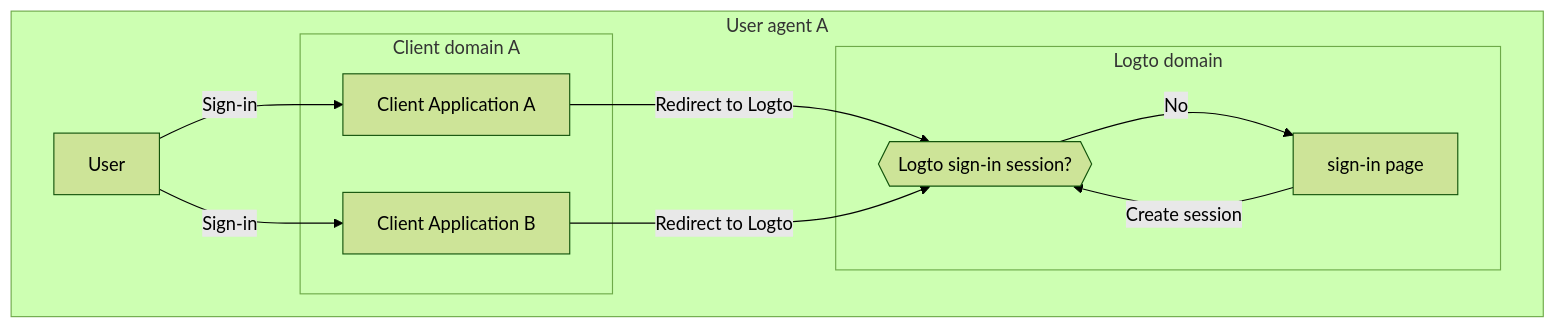
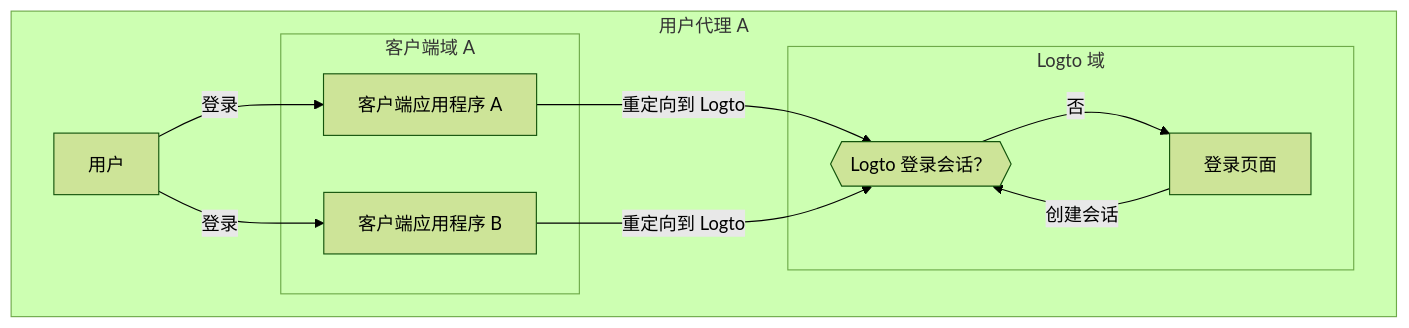
The second of 3 diagrams in i18n/zh-CN/docusaurus-plugin-content-docs/current/end-user-flows/sign-out.mdx (logto-io/docs), drawn with Mermaid (forest theme) before and after one commit. The commit also changed other lines of this file and 428 other files, not shown here.

````diff
--- a/i18n/zh-CN/docusaurus-plugin-content-docs/current/end-user-flows/sign-out.mdx
+++ b/i18n/zh-CN/docusaurus-plugin-content-docs/current/end-user-flows/sign-out.mdx
@@ -59,26 +59,26 @@
    ```mermaid
     flowchart TD
-    subgraph User [User agent A]
-      U[User]
+    subgraph User [用户代理 A]
+      U[用户]
 
-      subgraph Layer1 [Client domain A]
-        A[Client Application A]
+      subgraph Layer1 [客户端域 A]
+        A[客户端应用程序 A]
       end
 
-      subgraph Layer1 [Client domain B]
-        B[Client Application B]
+      subgraph Layer1 [客户端域 B]
+        B[客户端应用程序 B]
       end
 
-      subgraph Layer2 [Logto domain]
-          C{{Logto sign-in session?}}
-          D[sign-in page]
+      subgraph Layer2 [Logto 域]
+          C{{Logto 登录会话？}}
+          D[登录页面]
       end
     end
 
-    U --> |Sign-in| A
-    A --> |Redirect to Logto| C
-    U --> |Sign-in| B
-    B --> |Redirect to Logto| C
-    C --> |No| D
-    D --> |Create session| C
+    U --> |登录| A
+    A --> |重定向到 Logto| C
+    U --> |登录| B
+    B --> |重定向到 Logto| C
+    C --> |否| D
+    D --> |创建会话| C
    ```
````
